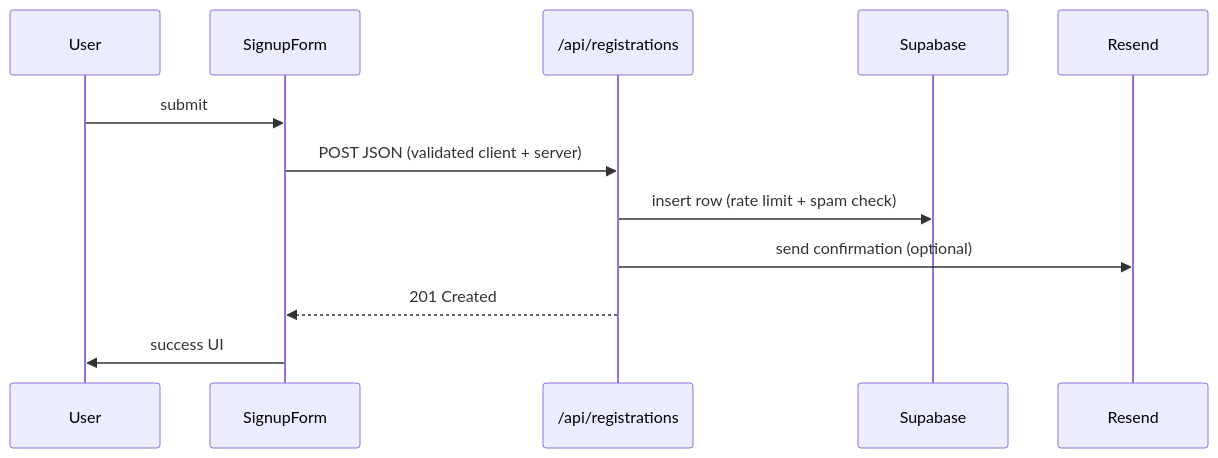
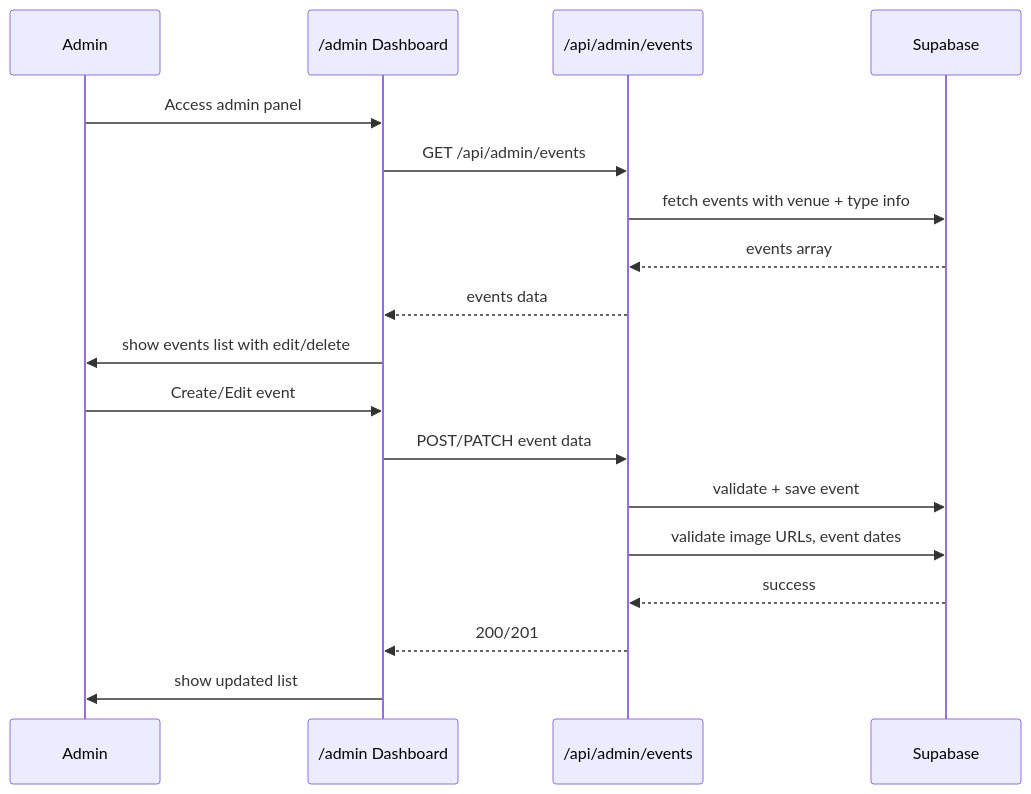
Before and after one commit to pwen0329/book-digest-web: the seventh of 7 diagrams in docs/design.md, drawn with Mermaid. The commit also changed other lines of this file and 22 other files, not shown here.

````diff
--- a/docs/design.md
+++ b/docs/design.md
@@ -146,15 +163,21 @@
 ```mermaid
 sequenceDiagram
-  participant U as User
-  participant F as SignupForm
-  participant A as /api/registrations
+  participant A as Admin
+  participant D as /admin Dashboard
+  participant API as /api/admin/events
   participant DB as Supabase
-  participant EM as Resend
 
-  U->>F: submit
-  F->>A: POST JSON (validated client + server)
-  A->>DB: insert row (rate limit + spam check)
-  A->>EM: send confirmation (optional)
-  A-->>F: 201 Created
-  F->>U: success UI
+  A->>D: Access admin panel
+  D->>API: GET /api/admin/events
+  API->>DB: fetch events with venue + type info
+  DB-->>API: events array
+  API-->>D: events data
+  D->>A: show events list with edit/delete
+  A->>D: Create/Edit event
+  D->>API: POST/PATCH event data
+  API->>DB: validate + save event
+  API->>DB: validate image URLs, event dates
+  DB-->>API: success
+  API-->>D: 200/201
+  D->>A: show updated list
 ```
````
